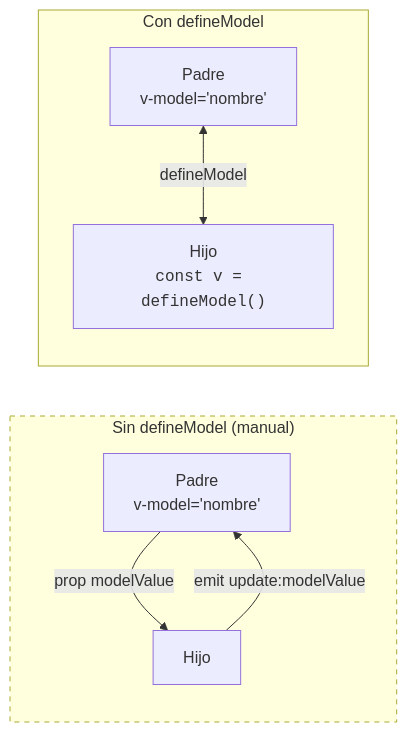
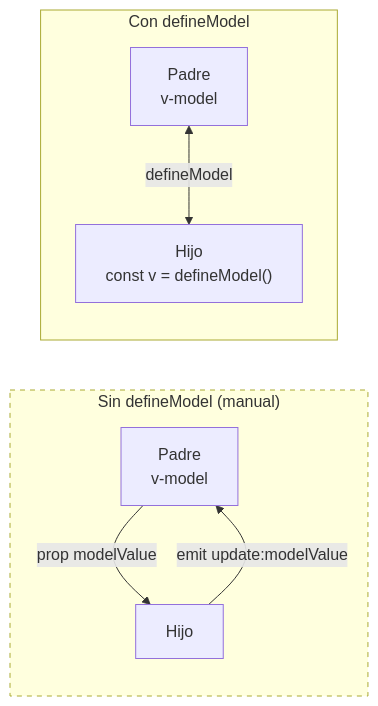
One commit to fgtortosa/cursos-2026 changed the second of 4 diagrams in curso-normalizacion/por-publicar/03-vue/sesiones/sesion-11-componentes-estado/index.md. Above: the diagram before and after it, drawn with Mermaid. The commit also changed other lines of this file and 5 other files, not shown here.

````diff
--- a/curso-normalizacion/por-publicar/03-vue/sesiones/sesion-11-componentes-estado/index.md
+++ b/curso-normalizacion/por-publicar/03-vue/sesiones/sesion-11-componentes-estado/index.md
@@ -345,11 +379,11 @@
 ```mermaid
 flowchart LR
     subgraph manual["Sin defineModel (manual)"]
-        P1[Padre<br/>v-model='nombre'] -->|prop modelValue| H1[Hijo]
+        P1[Padre<br/>v-model] -->|prop modelValue| H1[Hijo]
         H1 -->|emit update:modelValue| P1
     end
     subgraph automatico["Con defineModel"]
-        P2[Padre<br/>v-model='nombre'] <-->|defineModel| H2["Hijo<br/><code>const v = defineModel()</code>"]
+        P2[Padre<br/>v-model] <-->|defineModel| H2["Hijo<br/>const v = defineModel()"]
     end
     style manual stroke-dasharray: 5 5
 ```
````
